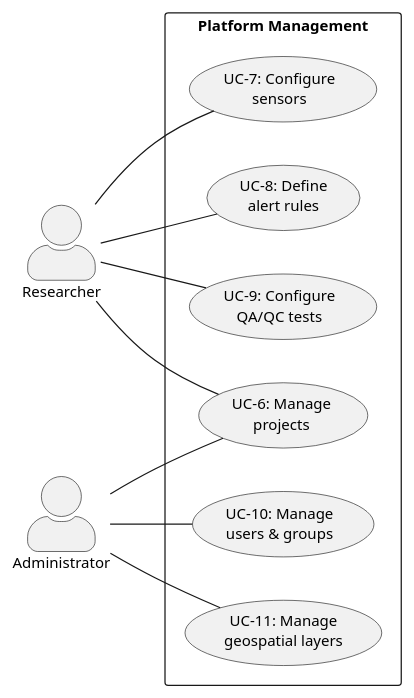
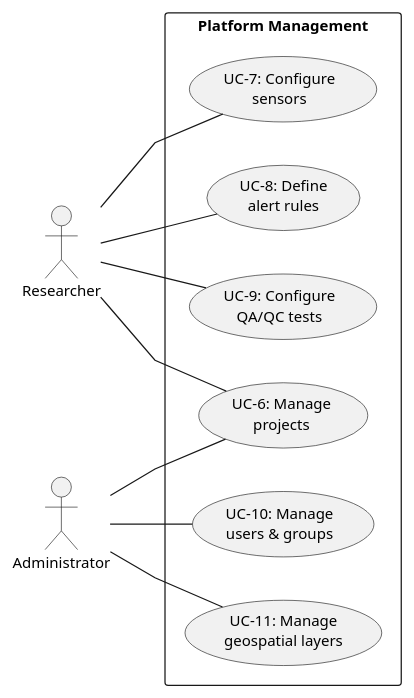
Before and after one commit to Siki-ux/hydro-text: the diagram in dp-text/figures/uc-management.puml, drawn with PlantUML. The commit also changed 14 other files, not shown here.

```diff
--- a/dp-text/figures/uc-management.puml
+++ b/dp-text/figures/uc-management.puml
@@ -1,27 +1,27 @@
 @startuml uc-management
 left to right direction
-skinparam actorStyle awesome
 skinparam packageStyle rectangle
 skinparam shadowing false
 skinparam defaultFontSize 12
+skinparam linetype polyline
 
 actor Researcher as researcher
 actor Administrator as admin
 
 rectangle "Platform Management" {
-  usecase "UC-6: Manage\nprojects" as UC6
   usecase "UC-7: Configure\nsensors" as UC7
   usecase "UC-8: Define\nalert rules" as UC8
   usecase "UC-9: Configure\nQA/QC tests" as UC9
+  usecase "UC-6: Manage\nprojects" as UC6
   usecase "UC-10: Manage\nusers & groups" as UC10
   usecase "UC-11: Manage\ngeospatial layers" as UC11
 }
 
-researcher -- UC6
 researcher -- UC7
 researcher -- UC8
 researcher -- UC9
+researcher -- UC6
 admin -- UC6
 admin -- UC10
 admin -- UC11
 @enduml
```
